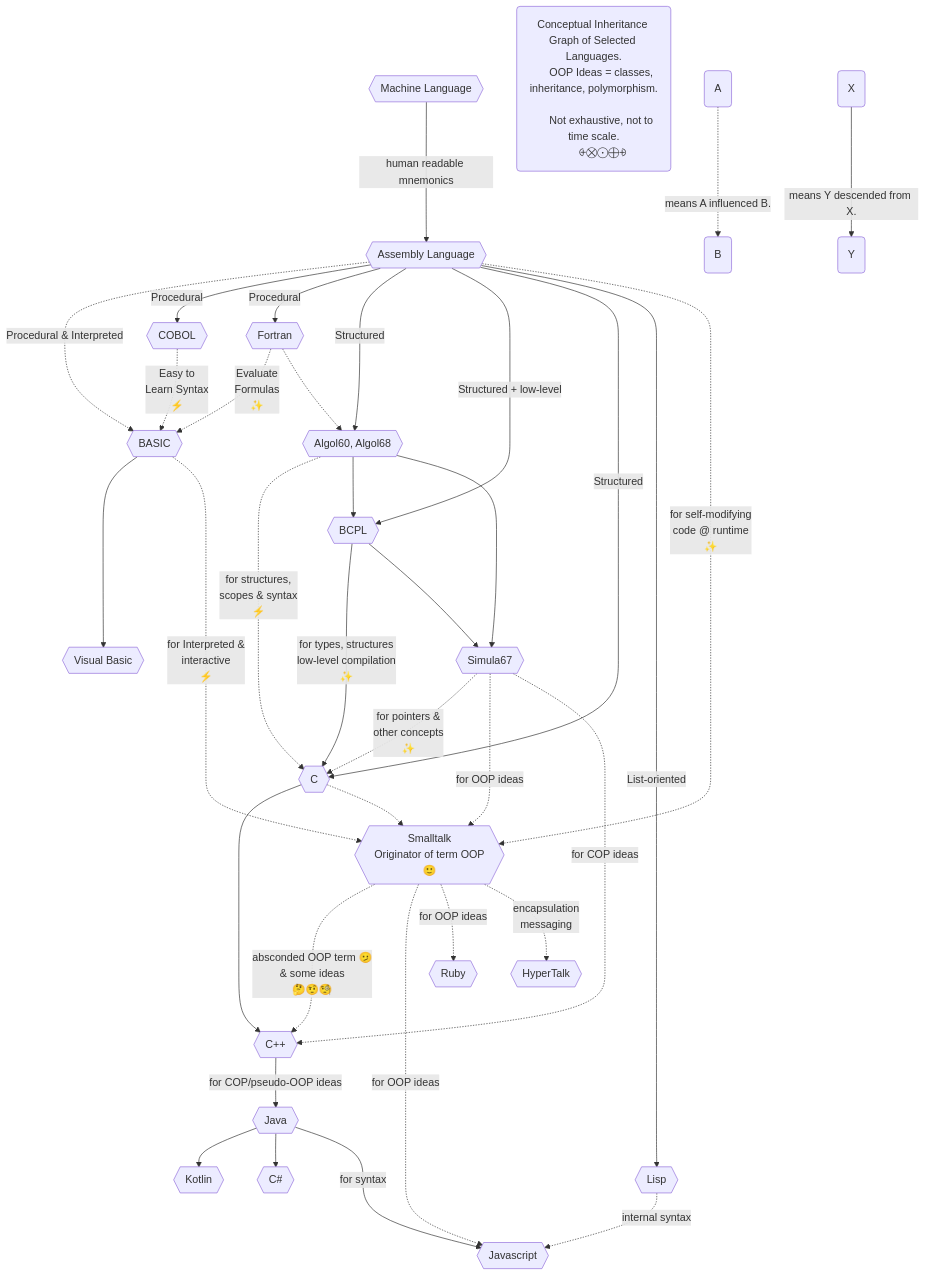
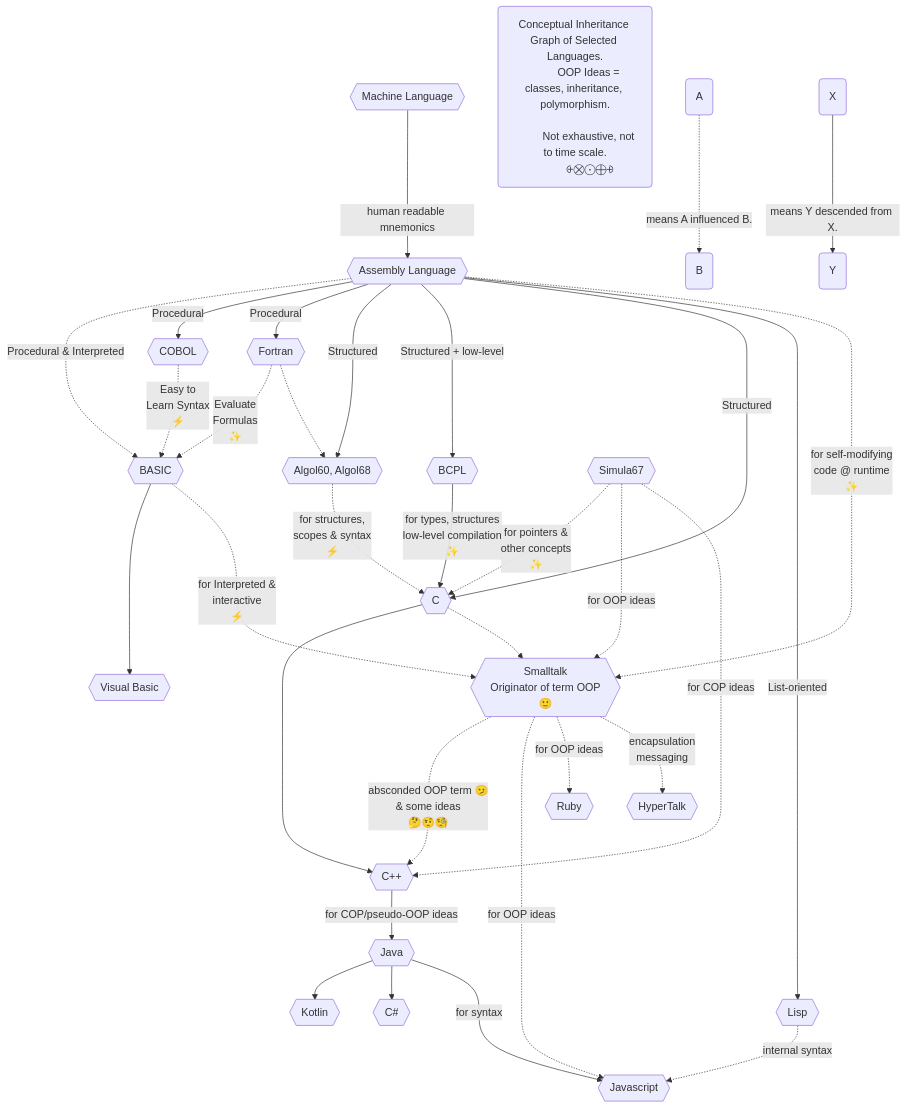
Before and after one commit to realityexpander/How_to_program_from_ground_up: the diagram in 13-Conclusion.md, drawn with Mermaid.

Commit message:
improve conclusion map

````diff
--- a/13-Conclusion.md
+++ b/13-Conclusion.md
@@ -30,73 +30,73 @@
   ```mermaid
     graph TB
         MachineLanguage{{Machine Language}} -->|human readable mnemonics| AssemblyLanguage
         AssemblyLanguage{{Assembly Language}} -.->|Procedural & Interpreted|Basic
         AssemblyLanguage{{Assembly Language}} -->|Procedural|COBOL
         AssemblyLanguage{{Assembly Language}} -->|Procedural|Fortran
         AssemblyLanguage{{Assembly Language}} -->|Structured|Algol68
         AssemblyLanguage{{Assembly Language}} -->|Structured + low-level|BCPL
         AssemblyLanguage{{Assembly Language}} -->|Structured|C
         AssemblyLanguage{{Assembly Language}} -->|List-oriented|Lisp
         
         COBOL{{"COBOL"}} -.->|"Easy to 
                               Learn Syntax
                               ⚡️️"|Basic
         Basic{{"BASIC"}} ---> VisualBasic
         Fortran{{"Fortran"}} -.->|"Evaluate 
                                   Formulas
                                   ✨"|Basic
         Algol68{{Algol60, Algol68}} -.->|"for structures, 
                                 scopes & syntax
                                 ⚡️️
                                 "|C
         BCPL{{"BCPL"}} -->|"for types, structures 
                             low-level compilation
                             ✨"|C
-        Algol68 --> BCPL 
-        BCPL --> Simula67
-        Algol68 --> Simula67
+%%        Algol68 --> BCPL 
+%%        BCPL --> Simula67
+%%        Algol68 --> Simula67
         Simula67{{"Simula67"}} -.->|"for pointers & 
                                     other concepts
                                     ✨"|C
         Simula67 -.->|for OOP ideas|Smalltalk
         C{{"C"}} -->Cplusplus
         C -.->Smalltalk
         Simula67 -.->|for COP ideas|Cplusplus
         Cplusplus{{"C++"}} -->|for COP/pseudo-OOP ideas|Java
         Smalltalk -..->|"absconded OOP term 🫤 
                         & some ideas
                         🤔🤨🧐"|Cplusplus
         Java{{Java}} -->Kotlin
         Java -->CSharp
         CSharp{{"C#"}}
         Fortran -.->Algol68
         Smalltalk{{"Smalltalk
                   Originator of term OOP
                   🙂"}} -.->|for OOP ideas|Javascript
         Smalltalk -.->|for OOP ideas|Ruby
-        Smalltalk -.->|encapsulation
-                       messaging|HyperTalk
+        Smalltalk -.->|"encapsulation
+                       messaging"|HyperTalk
         Basic -.-> |"for Interpreted & 
                     interactive
                     ⚡️"|Smalltalk
         AssemblyLanguage-.->|"for self-modifying 
                               code @ runtime
                               ✨"|Smalltalk
         
         Lisp{{"Lisp"}} -.->|internal syntax|Javascript
         Java--->|for syntax|Javascript
         Kotlin{{Kotlin}}
         Ruby{{Ruby}}
         HyperTalk{{HyperTalk}}
         Javascript{{Javascript}}
         VisualBasic{{"Visual Basic"}}
     
     Note("Conceptual Inheritance Graph of Selected Languages.
           OOP Ideas = classes, inheritance, polymorphism.
           
           Not exhaustive, not to time scale.
           ⨭⨂⨀⨁⨮")
     A("A") -.-> |means A influenced B.| B("B")
     X("X") --> |means Y descended from X.| Y("Y")
     
   ```
````
